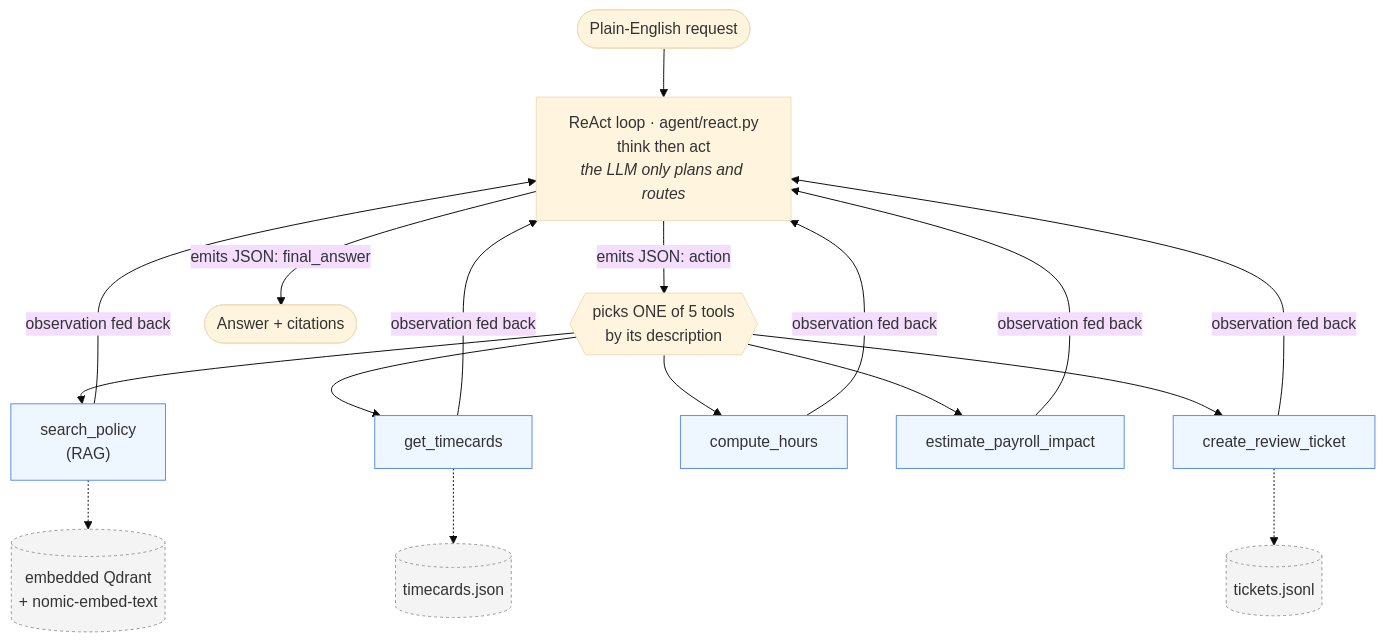
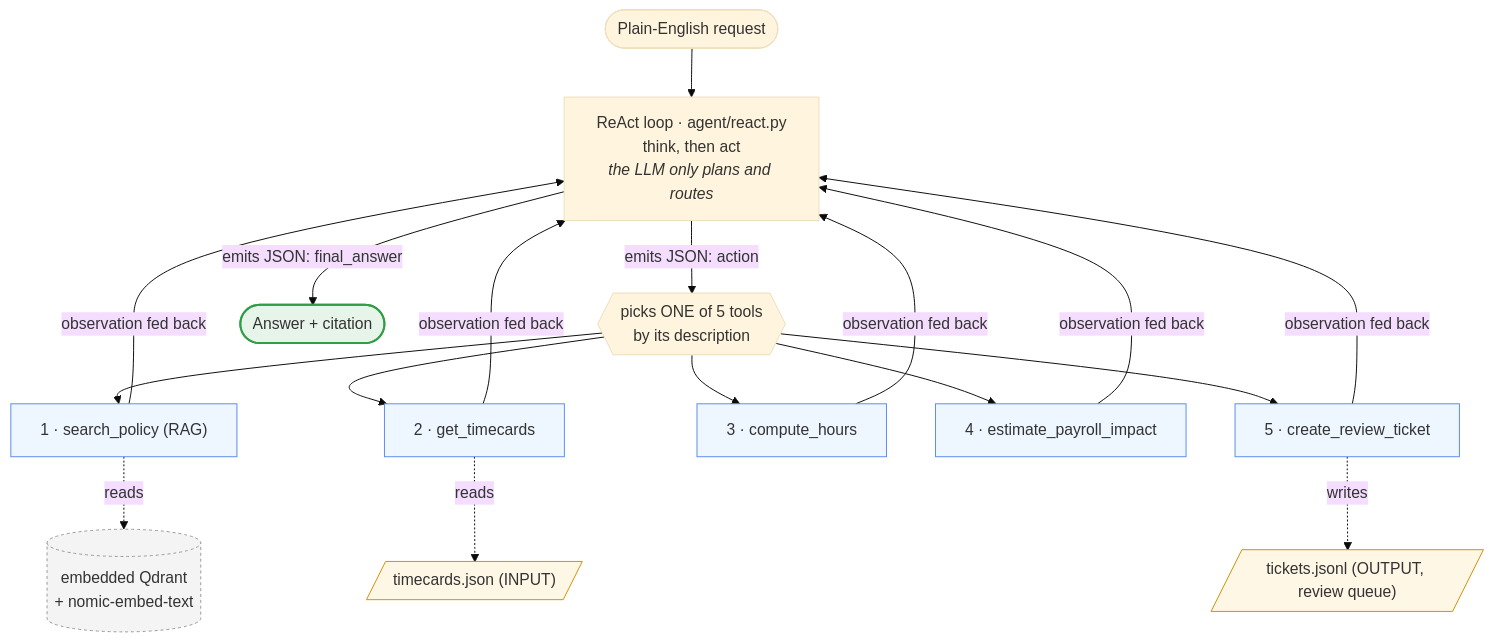
The first of 3 diagrams in README.md (2015pushkar/shiftguard_agent_v1), drawn with Mermaid (base theme) before and after one commit. The commit also changed other lines of this file, not shown here.

Commit message:
Rework README around Mermaid diagrams and two routed examples
- Replace ASCII art with Mermaid: one high-level flow + two per-route
  sequence diagrams (RAG-only vs. full audit)
- Number the 5 tools; mark timecards/tickets as INPUT/OUTPUT; recolour
  the answer node
- Show the concrete answer and tool path for each example route
- Tighten the stack rationale with researched reasoning (Ollama 2048
  default + silent truncation, nomic task prefixes, CPU bandwidth limit,
  Qwen2.5 BFCL function-calling)
- Drop DEMO.md; stop shipping the internal CLAUDE.md (now gitignored)

````diff
--- a/README.md
+++ b/README.md
@@ -22,23 +22,27 @@
 ```mermaid
 flowchart TD
-    U(["Plain-English request"]) --> A["ReAct loop · agent/react.py<br/>think then act<br/><i>the LLM only plans and routes</i>"]
+    U(["Plain-English request"]) --> A["ReAct loop · agent/react.py<br/>think, then act<br/><i>the LLM only plans and routes</i>"]
     A -->|"emits JSON: action"| R{{"picks ONE of 5 tools<br/>by its description"}}
-    A -->|"emits JSON: final_answer"| OUT(["Answer + citations"])
+    A -->|"emits JSON: final_answer"| OUT(["Answer + citation"])
 
-    R --> T1["search_policy<br/>(RAG)"]
-    R --> T2["get_timecards"]
-    R --> T3["compute_hours"]
-    R --> T4["estimate_payroll_impact"]
-    R --> T5["create_review_ticket"]
+    R --> T1["1 · search_policy (RAG)"]
+    R --> T2["2 · get_timecards"]
+    R --> T3["3 · compute_hours"]
+    R --> T4["4 · estimate_payroll_impact"]
+    R --> T5["5 · create_review_ticket"]
 
     T1 & T2 & T3 & T4 & T5 -->|observation fed back| A
 
-    T1 -.-> QD[("embedded Qdrant<br/>+ nomic-embed-text")]
-    T2 -.-> JS[("timecards.json")]
-    T5 -.-> TK[("tickets.jsonl")]
+    T1 -. reads .-> QD[("embedded Qdrant<br/>+ nomic-embed-text")]
+    T2 -. reads .-> JS[/"timecards.json (INPUT)"/]
+    T5 -. writes .-> TK[/"tickets.jsonl (OUTPUT, review queue)"/]
 
     classDef tool fill:#eef6ff,stroke:#5b8def;
     classDef store fill:#f4f4f4,stroke:#999,stroke-dasharray:3 3;
+    classDef io fill:#fff7e6,stroke:#d98f00;
+    classDef answer fill:#e6f4ea,stroke:#2f9e44,stroke-width:2px;
     class T1,T2,T3,T4,T5 tool;
-    class QD,JS,TK store;
+    class QD store;
+    class JS,TK io;
+    class OUT answer;
 ```
````
